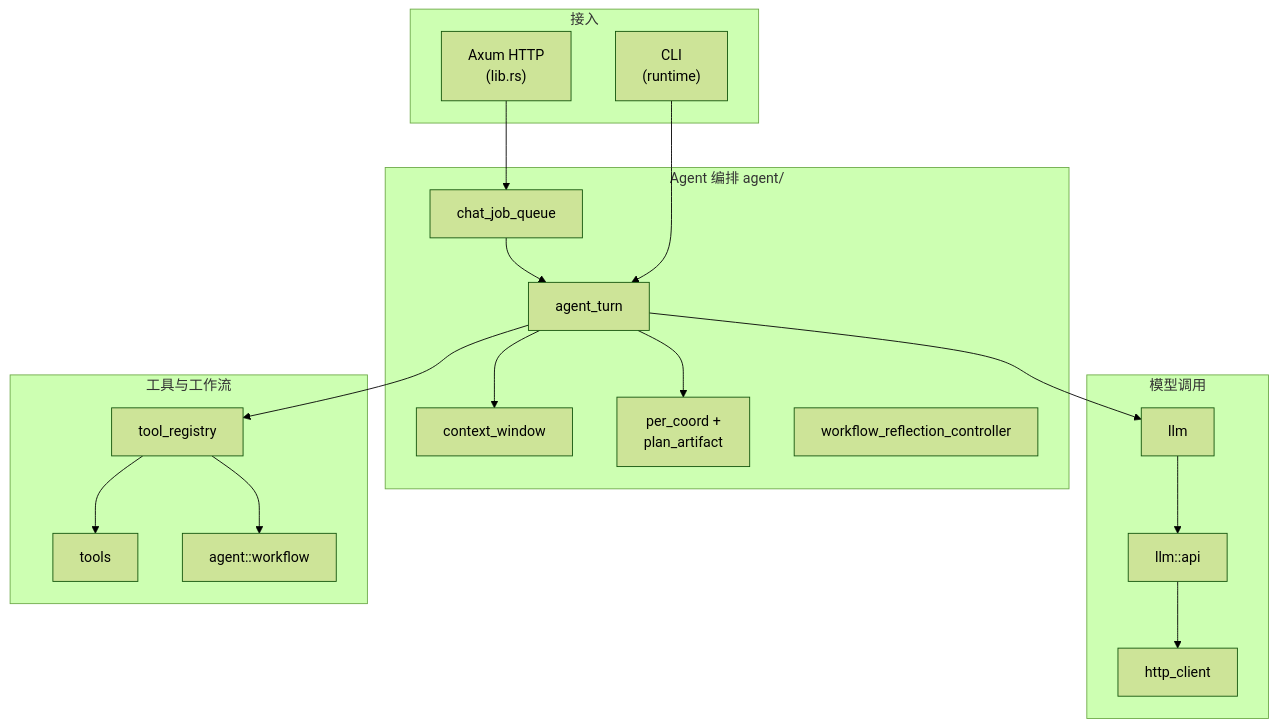
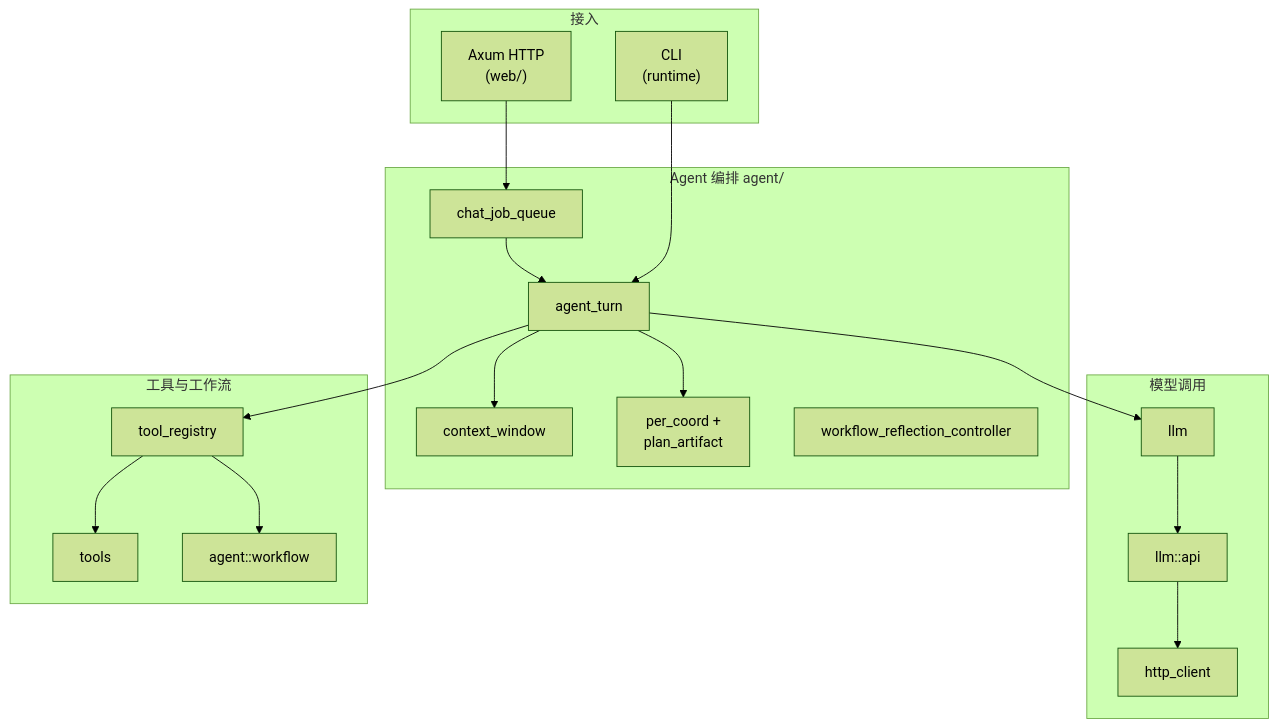
Before and after one commit to noisystreet/CrabMate: the first of 2 diagrams in docs/DEVELOPMENT.md, drawn with Mermaid (forest theme). The commit also changed other lines of this file and 6 other files, not shown here.

Commit message:
refactor(web): 拆分 lib 中 Web 状态与 handler 至 web 子模块 / split web AppState and HTTP handlers from lib

````diff
--- a/docs/DEVELOPMENT.md
+++ b/docs/DEVELOPMENT.md
@@ -34,35 +34,35 @@
 ```mermaid
 flowchart TB
   subgraph entry [接入]
-    WEB["Axum HTTP\n(lib.rs)"]
+    WEB["Axum HTTP\n(web/)"]
     CLI["CLI\n(runtime)"]
   end
   subgraph agent [Agent 编排 agent/]
     Q[chat_job_queue]
     AT[agent_turn]
     CW[context_window]
     PC["per_coord +\nplan_artifact"]
     WRC[workflow_reflection_controller]
   end
   subgraph model [模型调用]
     HC[http_client]
     LLM[llm]
     API[llm::api]
   end
   subgraph exec [工具与工作流]
     TR[tool_registry]
     TS[tools]
     WF[agent::workflow]
   end
   WEB --> Q
   Q --> AT
   CLI --> AT
   AT --> CW
   AT --> PC
   AT --> LLM
   LLM --> API
   API --> HC
   AT --> TR
   TR --> TS
   TR --> WF
 ```
````
